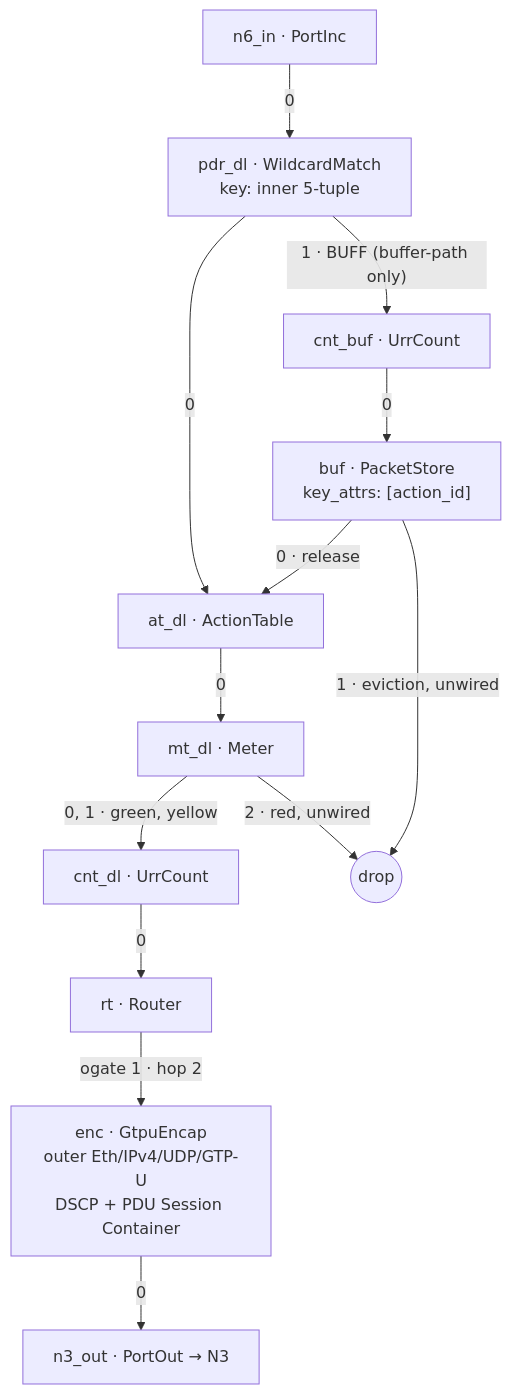
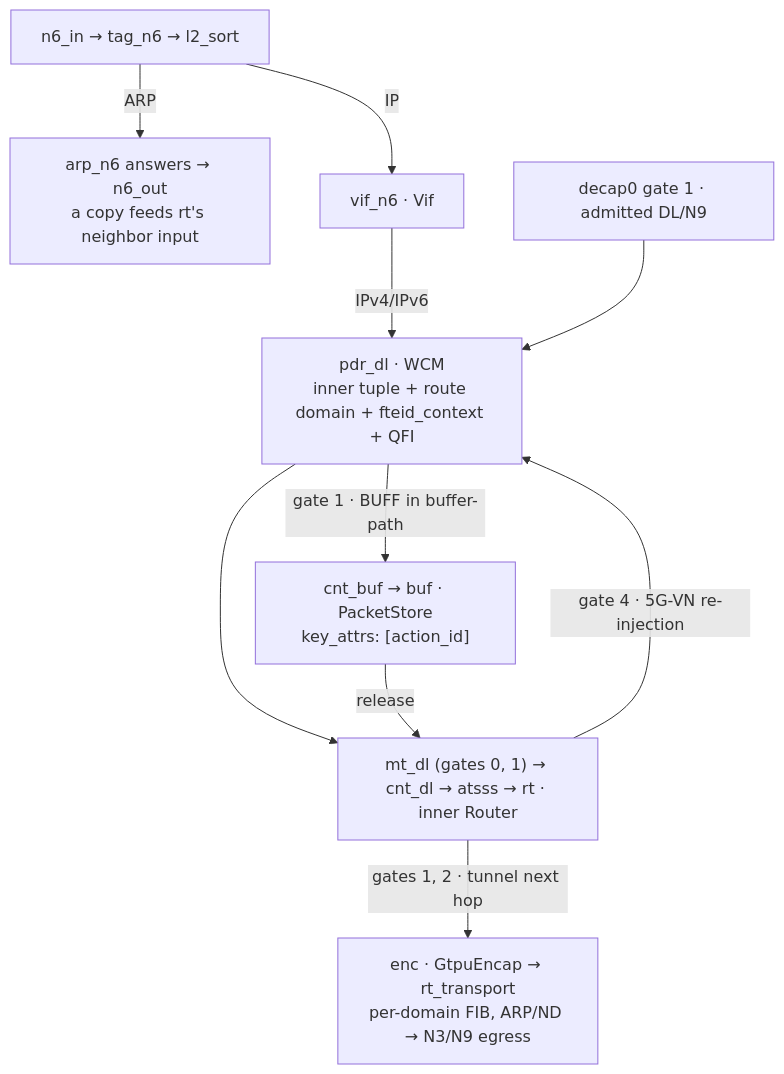
The second of 3 diagrams in docs/datapath.md (krsna1729/upf), drawn with Mermaid before and after one commit. The commit also changed other lines of this file and 134 other files, not shown here.

````diff
--- a/docs/datapath.md
+++ b/docs/datapath.md
@@ -53,15 +53,12 @@
 ```mermaid
 flowchart TB
-    n6in["n6_in · PortInc"] -->|0| pdr["pdr_dl · WildcardMatch<br/>key: inner 5-tuple"]
-    pdr -->|0| at["at_dl · ActionTable"]
-    pdr -->|"1 · BUFF (buffer-path only)"| cb["cnt_buf · UrrCount"]
-    cb -->|0| buf["buf · PacketStore<br/>key_attrs: [action_id]"]
-    buf -->|"0 · release"| at
-    buf -->|"1 · eviction, unwired"| drop(("drop"))
-    at -->|0| meter["mt_dl · Meter"]
-    meter -->|"0, 1 · green, yellow"| cnt["cnt_dl · UrrCount"]
-    meter -->|"2 · red, unwired"| drop
-    cnt -->|0| rt["rt · Router"]
-    rt -->|"ogate 1 · hop 2"| enc["enc · GtpuEncap<br/>outer Eth/IPv4/UDP/GTP-U<br/>DSCP + PDU Session Container"]
-    enc -->|0| n3out["n3_out · PortOut → N3"]
+    n6in["n6_in → tag_n6 → l2_sort"] -->|"ARP"| arp["arp_n6 answers → n6_out<br/>a copy feeds rt's neighbor input"]
+    n6in -->|"IP"| vif["vif_n6 · Vif"]
+    vif -->|"IPv4/IPv6"| pdr["pdr_dl · WCM<br/>inner tuple + route domain + fteid_context + QFI"]
+    decap["decap0 gate 1 · admitted DL/N9"] --> pdr
+    pdr --> chain["mt_dl (gates 0, 1) → cnt_dl → atsss → rt · inner Router"]
+    pdr -->|"gate 1 · BUFF in buffer-path"| buf["cnt_buf → buf · PacketStore<br/>key_attrs: [action_id]"]
+    buf -->|"release"| chain
+    chain -->|"gates 1, 2 · tunnel next hop"| enc["enc · GtpuEncap → rt_transport<br/>per-domain FIB, ARP/ND → N3/N9 egress"]
+    chain -->|"gate 4 · 5G-VN re-injection"| pdr
 ```
````
